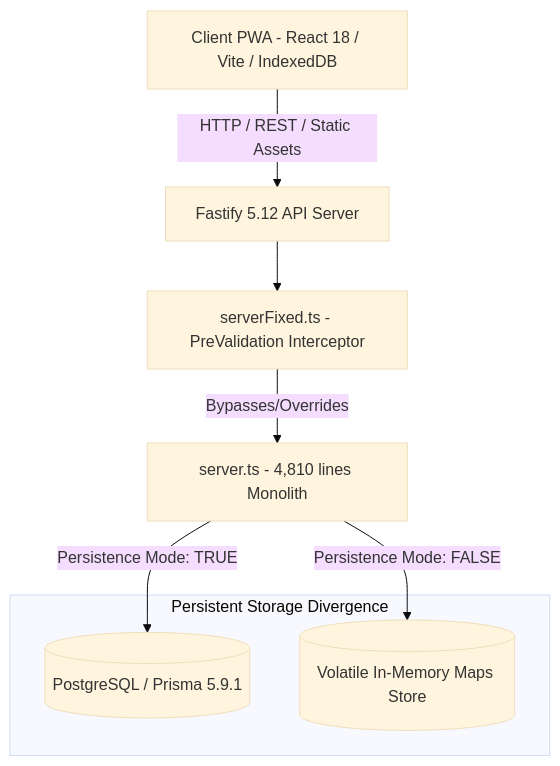
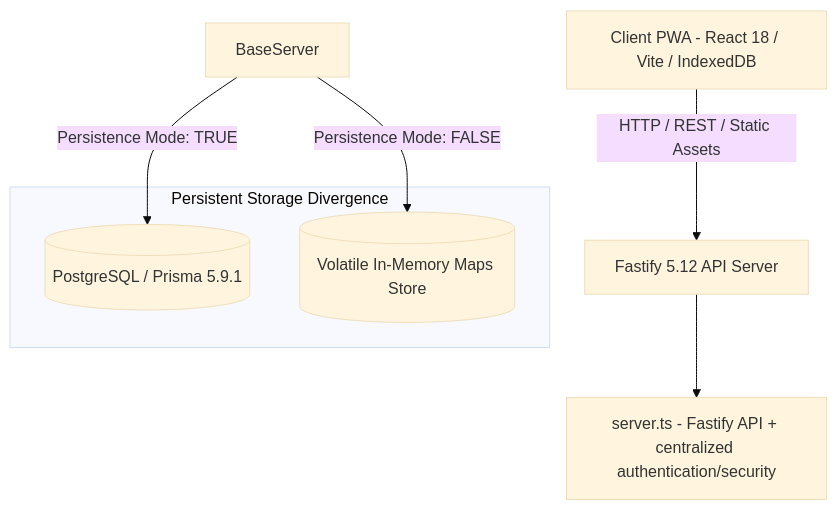
Before and after one commit to Kwakoko/KwakoPosv2: the first of 2 diagrams in AI-CODE-AUDIT-REPORT.md, drawn with Mermaid (base theme).

Commit message:
docs(security): document single canonical API server

````diff
--- a/AI-CODE-AUDIT-REPORT.md
+++ b/AI-CODE-AUDIT-REPORT.md
@@ -58,21 +58,20 @@
 ```mermaid
 graph TD
     Client[Client PWA - React 18 / Vite / IndexedDB]
     Gateway[Fastify 5.12 API Server]
-    FixedWrapper[serverFixed.ts - PreValidation Interceptor]
-    BaseServer[server.ts - 4,810 lines Monolith]
+    CanonicalServer[server.ts - Fastify API + centralized authentication/security]
+
     PrismaDB[(PostgreSQL / Prisma 5.9.1)]
     MemStore[(Volatile In-Memory Maps Store)]
     
     Client -->|HTTP / REST / Static Assets| Gateway
-    Gateway --> FixedWrapper
-    FixedWrapper -->|Bypasses/Overrides| BaseServer
+    Gateway --> CanonicalServer
     
     BaseServer -->|Persistence Mode: TRUE| PrismaDB
     BaseServer -->|Persistence Mode: FALSE| MemStore
     
     subgraph "Persistent Storage Divergence"
         PrismaDB
         MemStore
     end
 ```
````
